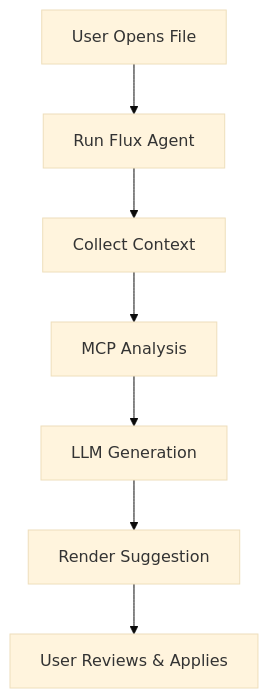
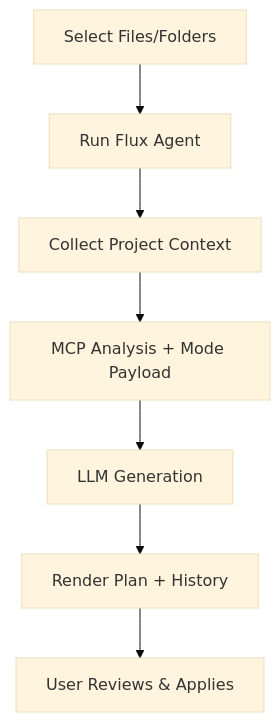
Before and after one commit to chuckgu/fluxloop: the diagram in website/docs-vscode/integration-assistant/overview.md, drawn with Mermaid (base theme). The commit also changed other lines of this file and 32 other files, not shown here.

````diff
--- a/website/docs-vscode/integration-assistant/overview.md
+++ b/website/docs-vscode/integration-assistant/overview.md
@@ -42,9 +43,9 @@
 ```mermaid
 graph TD
-    A[User Opens File] --> B[Run Flux Agent]
-    B --> C[Collect Context]
-    C --> D[MCP Analysis]
+    A[Select Files/Folders] --> B[Run Flux Agent]
+    B --> C[Collect Project Context]
+    C --> D[MCP Analysis + Mode Payload]
     D --> E[LLM Generation]
-    E --> F[Render Suggestion]
+    E --> F[Render Plan + History]
     F --> G[User Reviews & Applies]
 ```
````
